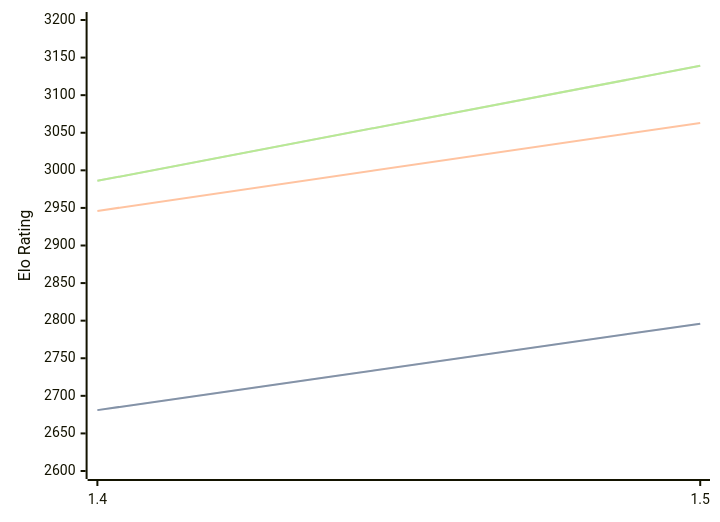
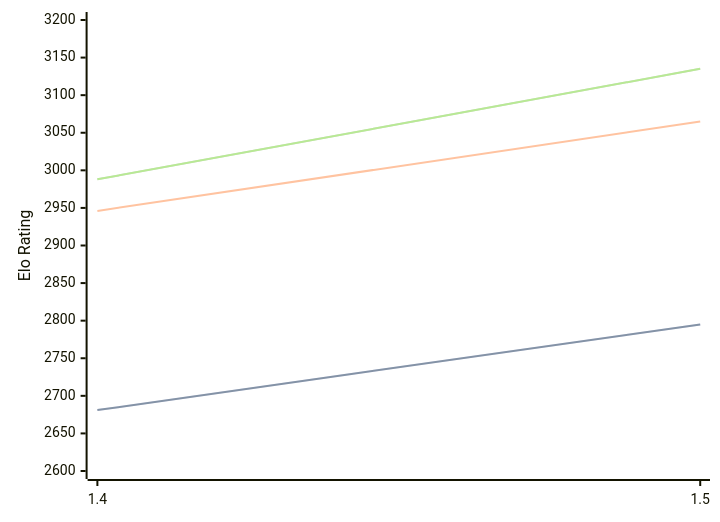
One commit to computer-chess-index/cci changed the diagram in engines/Yakka.md. Above: the diagram before and after it, drawn with Mermaid. The commit also changed other lines of this file, not shown here.

Commit message:
Update CCI Ratings (ELO VLTC) - 2026-04-10

````diff
--- a/engines/Yakka.md
+++ b/engines/Yakka.md
@@ -36,11 +36,11 @@
 ```mermaid
 %%{init: {"theme":"base","themeVariables":{"seriesColors:['#a3a3a3','#222221','#faa371']}}}%%
 xychart-beta
   x-axis ["1.4", "1.5"]
   y-axis "Elo Rating" 2600 --> 3200
-  line "STC (8.0+0.08s)" [2681, 2796]
-  line "STC (8.0+0.08s)" [2681, 2796]
-  line "LTC (60.0+0.60s)" [2946, 3063]
-  line "VLTC (2m24s+1.12s)" [2986, 3139]
-  line "VLTC (2m24s+1.12s)" [2986, 3139]
+  line "STC (8.0+0.08s)" [2681, 2795]
+  line "STC (8.0+0.08s)" [2681, 2795]
+  line "LTC (60.0+0.60s)" [2946, 3065]
+  line "VLTC (2m24s+1.12s)" [2988, 3135]
+  line "VLTC (2m24s+1.12s)" [2988, 3135]
 ```
````
